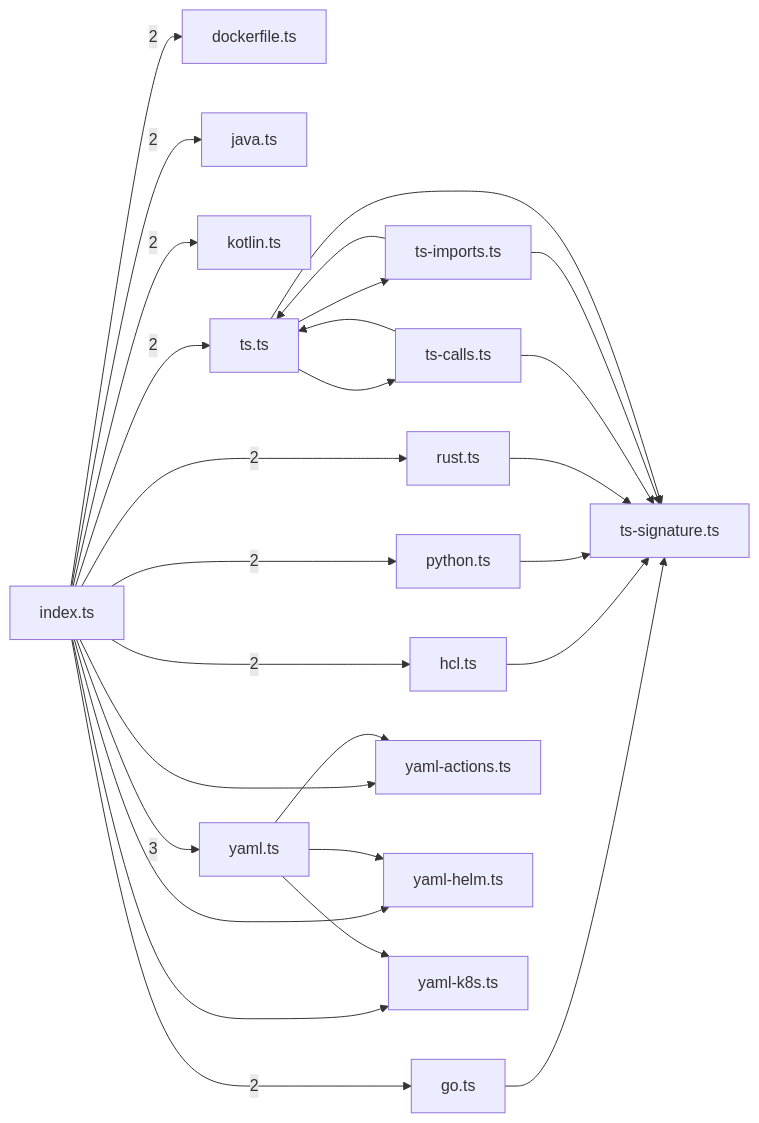
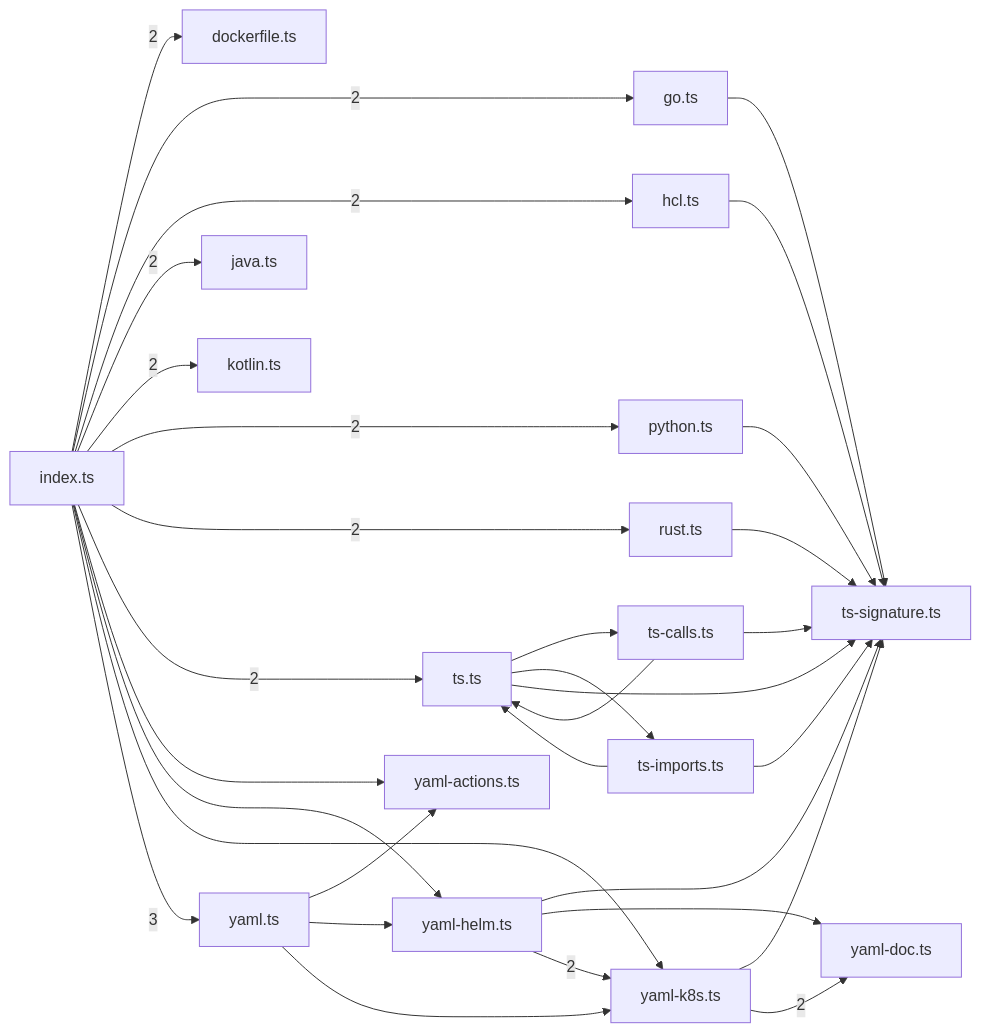
Before and after one commit to sns45/greplost: the third of 8 diagrams in .greplost/packages/greplost__core/MAP.md, drawn with Mermaid. The commit also changed other lines of this file and 27 other files, not shown here.

````diff
--- a/.greplost/packages/greplost__core/MAP.md
+++ b/.greplost/packages/greplost__core/MAP.md
@@ -228,45 +231,51 @@
 ```mermaid
 graph LR
   packages_core_src_extract_dockerfile_ts["dockerfile.ts"]
   packages_core_src_extract_go_ts["go.ts"]
   packages_core_src_extract_hcl_ts["hcl.ts"]
   packages_core_src_extract_index_ts["index.ts"]
   packages_core_src_extract_java_ts["java.ts"]
   packages_core_src_extract_kotlin_ts["kotlin.ts"]
   packages_core_src_extract_python_ts["python.ts"]
   packages_core_src_extract_rust_ts["rust.ts"]
   packages_core_src_extract_ts_calls_ts["ts-calls.ts"]
   packages_core_src_extract_ts_imports_ts["ts-imports.ts"]
   packages_core_src_extract_ts_signature_ts["ts-signature.ts"]
   packages_core_src_extract_ts_ts["ts.ts"]
   packages_core_src_extract_yaml_actions_ts["yaml-actions.ts"]
+  packages_core_src_extract_yaml_doc_ts["yaml-doc.ts"]
   packages_core_src_extract_yaml_helm_ts["yaml-helm.ts"]
   packages_core_src_extract_yaml_k8s_ts["yaml-k8s.ts"]
   packages_core_src_extract_yaml_ts["yaml.ts"]
   packages_core_src_extract_go_ts --> packages_core_src_extract_ts_signature_ts
   packages_core_src_extract_hcl_ts --> packages_core_src_extract_ts_signature_ts
   packages_core_src_extract_index_ts -->|2| packages_core_src_extract_dockerfile_ts
   packages_core_src_extract_index_ts -->|2| packages_core_src_extract_go_ts
   packages_core_src_extract_index_ts -->|2| packages_core_src_extract_hcl_ts
   packages_core_src_extract_index_ts -->|2| packages_core_src_extract_java_ts
   packages_core_src_extract_index_ts -->|2| packages_core_src_extract_kotlin_ts
   packages_core_src_extract_index_ts -->|2| packages_core_src_extract_python_ts
   packages_core_src_extract_index_ts -->|2| packages_core_src_extract_rust_ts
   packages_core_src_extract_index_ts -->|2| packages_core_src_extract_ts_ts
   packages_core_src_extract_index_ts --> packages_core_src_extract_yaml_actions_ts
   packages_core_src_extract_index_ts --> packages_core_src_extract_yaml_helm_ts
   packages_core_src_extract_index_ts --> packages_core_src_extract_yaml_k8s_ts
   packages_core_src_extract_index_ts -->|3| packages_core_src_extract_yaml_ts
   packages_core_src_extract_python_ts --> packages_core_src_extract_ts_signature_ts
   packages_core_src_extract_rust_ts --> packages_core_src_extract_ts_signature_ts
   packages_core_src_extract_ts_calls_ts --> packages_core_src_extract_ts_signature_ts
   packages_core_src_extract_ts_calls_ts --> packages_core_src_extract_ts_ts
   packages_core_src_extract_ts_imports_ts --> packages_core_src_extract_ts_signature_ts
   packages_core_src_extract_ts_imports_ts --> packages_core_src_extract_ts_ts
   packages_core_src_extract_ts_ts --> packages_core_src_extract_ts_calls_ts
   packages_core_src_extract_ts_ts --> packages_core_src_extract_ts_imports_ts
   packages_core_src_extract_ts_ts --> packages_core_src_extract_ts_signature_ts
+  packages_core_src_extract_yaml_helm_ts --> packages_core_src_extract_ts_signature_ts
+  packages_core_src_extract_yaml_helm_ts --> packages_core_src_extract_yaml_doc_ts
+  packages_core_src_extract_yaml_helm_ts -->|2| packages_core_src_extract_yaml_k8s_ts
+  packages_core_src_extract_yaml_k8s_ts --> packages_core_src_extract_ts_signature_ts
+  packages_core_src_extract_yaml_k8s_ts -->|2| packages_core_src_extract_yaml_doc_ts
   packages_core_src_extract_yaml_ts --> packages_core_src_extract_yaml_actions_ts
   packages_core_src_extract_yaml_ts --> packages_core_src_extract_yaml_helm_ts
   packages_core_src_extract_yaml_ts --> packages_core_src_extract_yaml_k8s_ts
 ```
````
